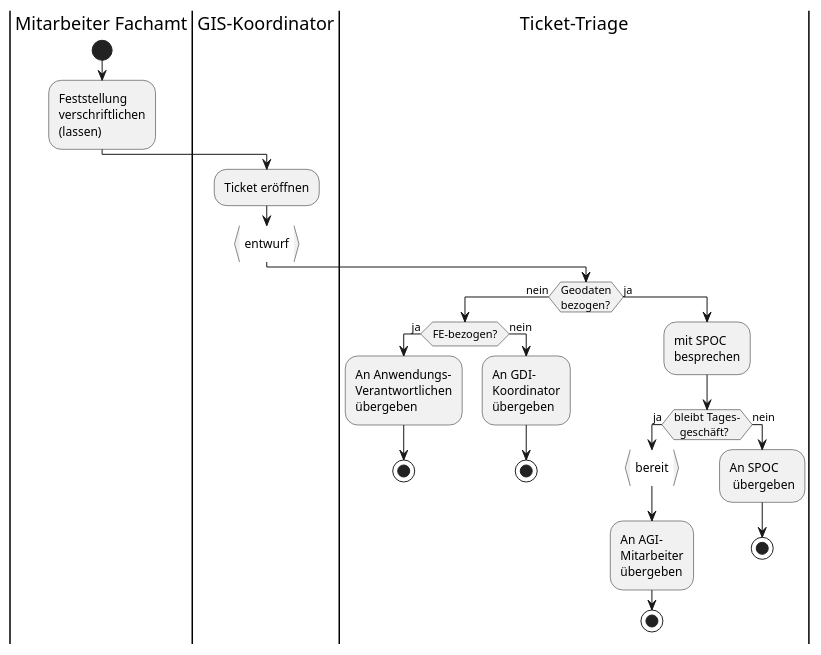
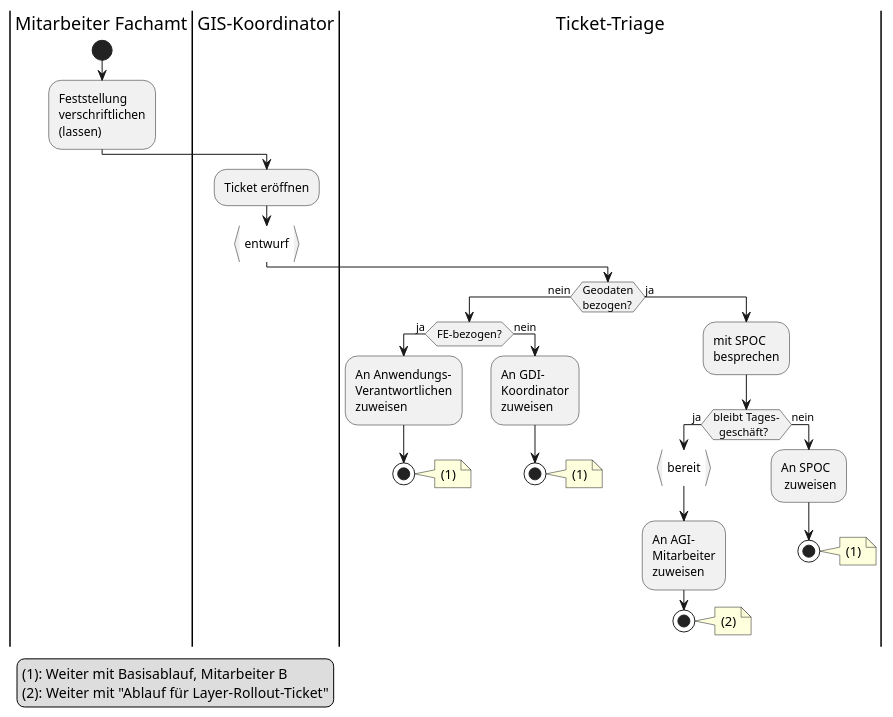
The diagram in dok/puml/src/flow_triage.puml (ojeker/docktick), drawn with PlantUML before and after one commit. The commit also changed 8 other files, not shown here.

Commit message:
Diagram clarifications

```diff
--- a/dok/puml/src/flow_triage.puml
+++ b/dok/puml/src/flow_triage.puml
@@ -1,41 +1,57 @@
 @startuml
 |Mitarbeiter Fachamt|
 start
 :Feststellung
 verschriftlichen
 (lassen);
 |GIS-Koordinator|
 :Ticket eröffnen;
 :entwurf}
 |Ticket-Triage|
 if (Geodaten
 bezogen?) then (nein)
   if (FE-bezogen?) then (ja)
     :An Anwendungs-
     Verantwortlichen
-    übergeben;
+    zuweisen;
     stop
+    note right
+    	(1)
+    end note
   else (nein)
     :An GDI-
     Koordinator
-    übergeben;
+    zuweisen;
     stop
+    note right
+    	(1)
+    end note
   endif
 else (ja)
   :mit SPOC
   besprechen;
   if (bleibt Tages-
   geschäft?) then (ja)
     :bereit}
     :An AGI-
     Mitarbeiter
-    übergeben;
+    zuweisen;
     stop
+    note right
+    	(2)
+    end note
   else (nein)
     |Ticket-Triage|
   	:An SPOC
-    übergeben;
+    zuweisen;
     stop
+    note right
+    	(1)
+    end note
   endif
 endif
+legend left
+  (1): Weiter mit Basisablauf, Mitarbeiter B
+  (2): Weiter mit "Ablauf für Layer-Rollout-Ticket"
+end legend
 @enduml
```
